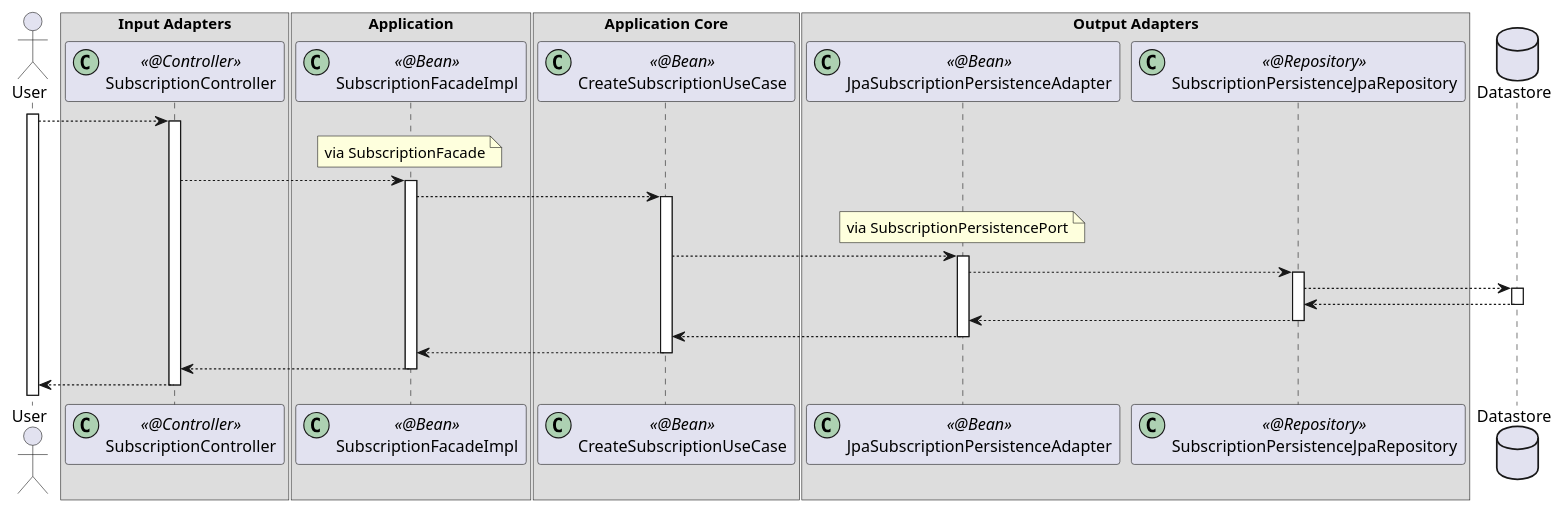
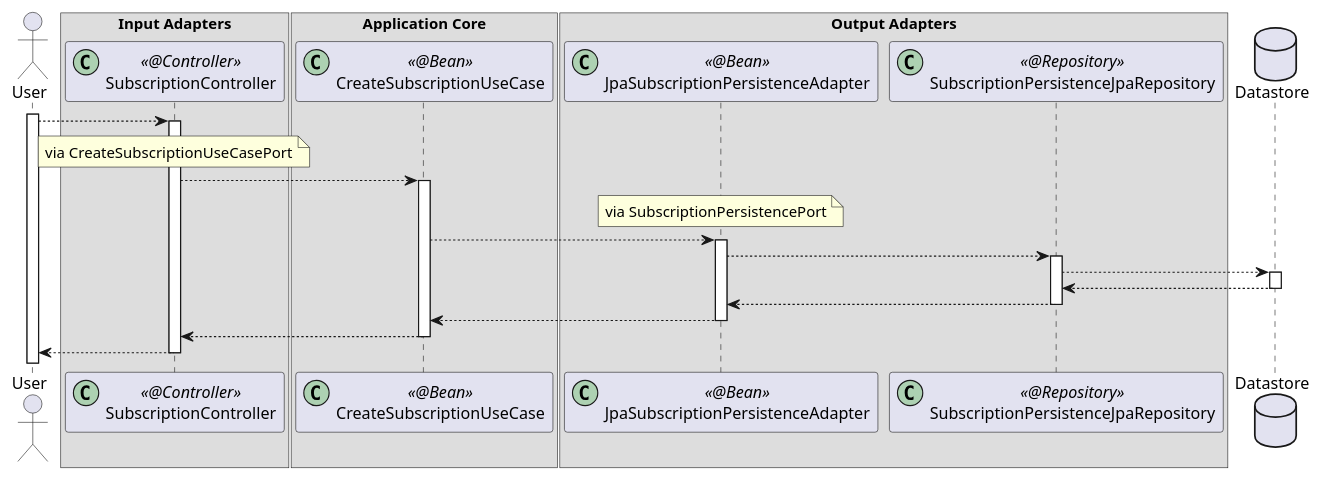
Before and after one commit to abchau/architecture-by-examples: the diagram in hex/docs/diagrams/sequence.puml, drawn with PlantUML. The commit also changed 12 other files, not shown here.

```diff
--- a/hex/docs/diagrams/sequence.puml
+++ b/hex/docs/diagrams/sequence.puml
@@ -1,61 +1,52 @@
 @startuml
 
 actor User 
 box Input Adapters
 participant SubscriptionController << (C,#ADD1B2) @Controller >>
-end box
-box Application
-participant SubscriptionFacadeImpl << (C,#ADD1B2) @Bean >>
 end box
 box Application Core
 participant CreateSubscriptionUseCase << (C,#ADD1B2) @Bean >>
 end box
 box Output Adapters
 participant JpaSubscriptionPersistenceAdapter << (C,#ADD1B2) @Bean >>
 participant SubscriptionPersistenceJpaRepository << (C,#ADD1B2) @Repository >>
 end box
 database Datastore
 
 activate User
 
 User --> SubscriptionController
 activate SubscriptionController
 
-note over SubscriptionFacadeImpl: via SubscriptionFacade
+note over SubscriptionController: via CreateSubscriptionUseCasePort
 
-SubscriptionController --> SubscriptionFacadeImpl
-activate SubscriptionFacadeImpl
-
-SubscriptionFacadeImpl --> CreateSubscriptionUseCase
+SubscriptionController --> CreateSubscriptionUseCase
 activate CreateSubscriptionUseCase
 
 note over JpaSubscriptionPersistenceAdapter: via SubscriptionPersistencePort
 
 CreateSubscriptionUseCase --> JpaSubscriptionPersistenceAdapter
 activate JpaSubscriptionPersistenceAdapter
 
 JpaSubscriptionPersistenceAdapter --> SubscriptionPersistenceJpaRepository
 activate SubscriptionPersistenceJpaRepository
 
 SubscriptionPersistenceJpaRepository --> Datastore
 activate Datastore
 
 Datastore --> SubscriptionPersistenceJpaRepository
 deactivate Datastore
 
 SubscriptionPersistenceJpaRepository --> JpaSubscriptionPersistenceAdapter
 deactivate SubscriptionPersistenceJpaRepository
 
 JpaSubscriptionPersistenceAdapter --> CreateSubscriptionUseCase
 deactivate JpaSubscriptionPersistenceAdapter
 
-CreateSubscriptionUseCase --> SubscriptionFacadeImpl
+CreateSubscriptionUseCase --> SubscriptionController
 deactivate CreateSubscriptionUseCase
-
-SubscriptionFacadeImpl --> SubscriptionController
-deactivate SubscriptionFacadeImpl
 
 SubscriptionController --> User
 deactivate SubscriptionController
 
 @enduml
```
